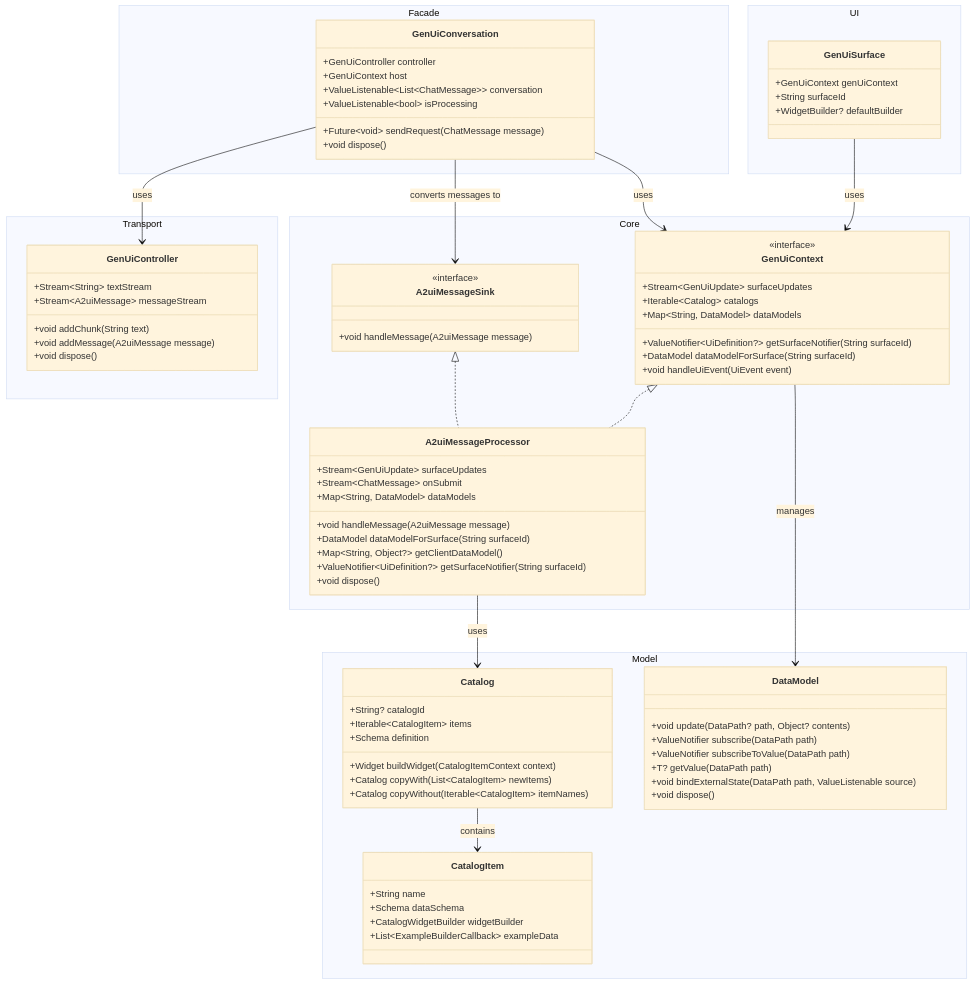
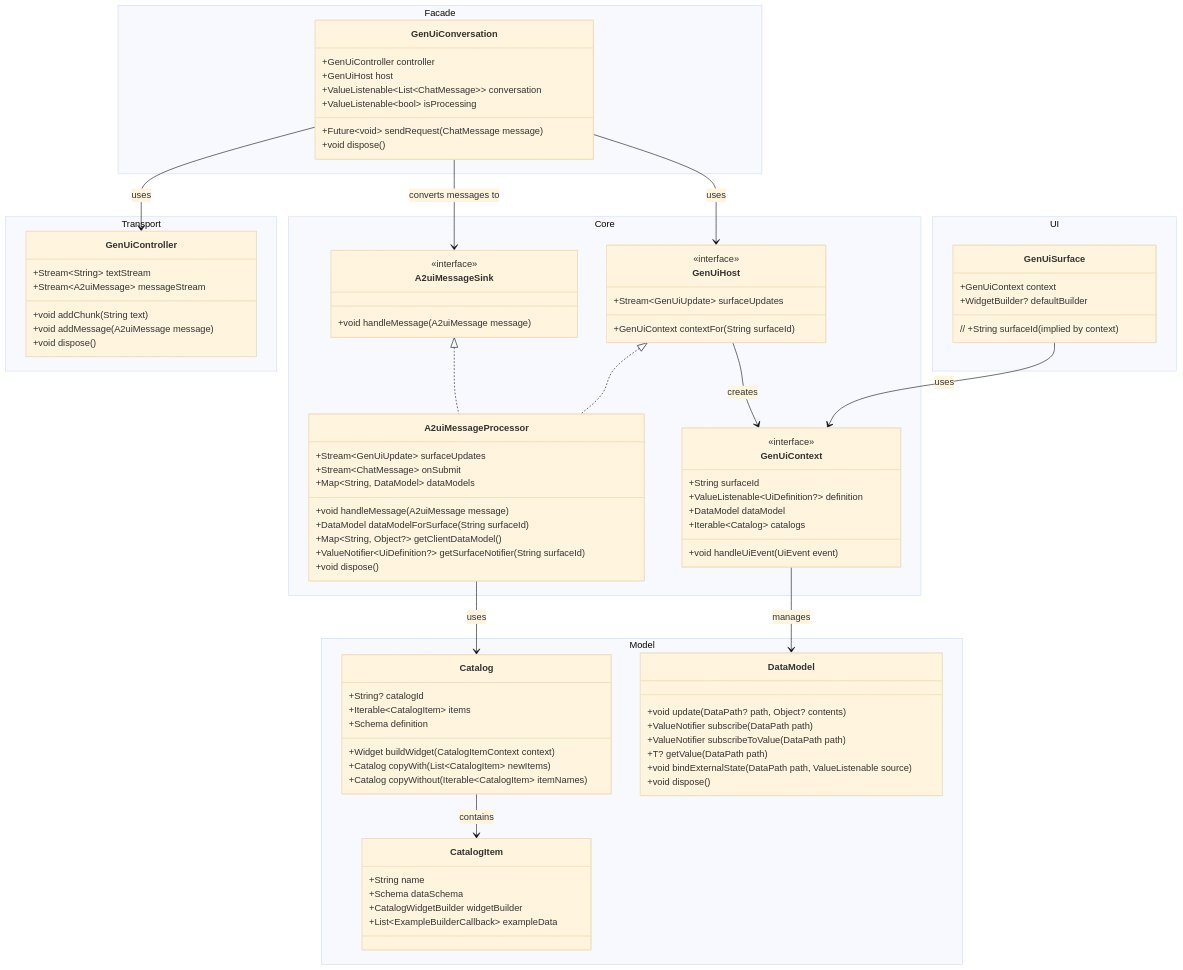
The diagram in packages/genui/docs/class-diagram.mmd (polina-c/genui), drawn with Mermaid (base theme) before and after one commit. The commit also changed 38 other files, not shown here.

First line of the commit message:
feat(genui)!: refactor GenUiContext to be surface-scoped

```diff
--- a/packages/genui/docs/class-diagram.mmd
+++ b/packages/genui/docs/class-diagram.mmd
@@ -1,94 +1,100 @@
 classDiagram
     namespace Facade {
         class GenUiConversation {
             +GenUiController controller
-            +GenUiContext host
+            +GenUiHost host
             +ValueListenable~List~ChatMessage~~ conversation
             +ValueListenable~bool~ isProcessing
             +Future~void~ sendRequest(ChatMessage message)
             +void dispose()
         }
     }
 
     namespace Transport {
         class GenUiController {
             +void addChunk(String text)
             +void addMessage(A2uiMessage message)
             +Stream~String~ textStream
             +Stream~A2uiMessage~ messageStream
             +void dispose()
         }
     }
 
     namespace Core {
+    class GenUiHost {
+            <<interface>>
+            +Stream~GenUiUpdate~ surfaceUpdates
+            +GenUiContext contextFor(String surfaceId)
+        }
+
         class GenUiContext {
             <<interface>>
-            +Stream~GenUiUpdate~ surfaceUpdates
-            +ValueNotifier~UiDefinition?~ getSurfaceNotifier(String surfaceId)
+            +String surfaceId
+            +ValueListenable~UiDefinition?~ definition
+            +DataModel dataModel
             +Iterable~Catalog~ catalogs
-            +Map~String, DataModel~ dataModels
-            +DataModel dataModelForSurface(String surfaceId)
             +void handleUiEvent(UiEvent event)
         }
 
         class A2uiMessageSink {
             <<interface>>
             +void handleMessage(A2uiMessage message)
         }
 
         class A2uiMessageProcessor {
             +void handleMessage(A2uiMessage message)
             +Stream~GenUiUpdate~ surfaceUpdates
             +Stream~ChatMessage~ onSubmit
             +Map~String, DataModel~ dataModels
             +DataModel dataModelForSurface(String surfaceId)
             +Map~String, Object?~ getClientDataModel()
             +ValueNotifier~UiDefinition?~ getSurfaceNotifier(String surfaceId)
             +void dispose()
         }
     }
 
     namespace UI {
         class GenUiSurface {
-            +GenUiContext genUiContext
-            +String surfaceId
+            +GenUiContext context
+            // +String surfaceId (implied by context)
             +WidgetBuilder? defaultBuilder
         }
     }
 
     namespace Model {
         class Catalog {
             +String? catalogId
             +Iterable~CatalogItem~ items
             +Schema definition
             +Widget buildWidget(CatalogItemContext context)
             +Catalog copyWith(List~CatalogItem~ newItems)
             +Catalog copyWithout(Iterable~CatalogItem~ itemNames)
         }
 
         class CatalogItem {
             +String name
             +Schema dataSchema
             +CatalogWidgetBuilder widgetBuilder
             +List~ExampleBuilderCallback~ exampleData
         }
 
         class DataModel {
             +void update(DataPath? path, Object? contents)
             +ValueNotifier subscribe(DataPath path)
             +ValueNotifier subscribeToValue(DataPath path)
             +T? getValue(DataPath path)
             +void bindExternalState(DataPath path, ValueListenable source)
             +void dispose()
         }
     }
 
-    GenUiContext <|.. A2uiMessageProcessor
+    GenUiHost <|.. A2uiMessageProcessor
     A2uiMessageSink <|.. A2uiMessageProcessor
     GenUiSurface --> GenUiContext : uses
+    GenUiHost --> GenUiContext : creates
     Catalog --> CatalogItem : contains
     GenUiContext --> DataModel : manages
     GenUiConversation --> GenUiController : uses
-    GenUiConversation --> GenUiContext : uses
+    GenUiConversation --> GenUiHost : uses
     GenUiConversation --> A2uiMessageSink : converts messages to
     A2uiMessageProcessor --> Catalog : uses
```
